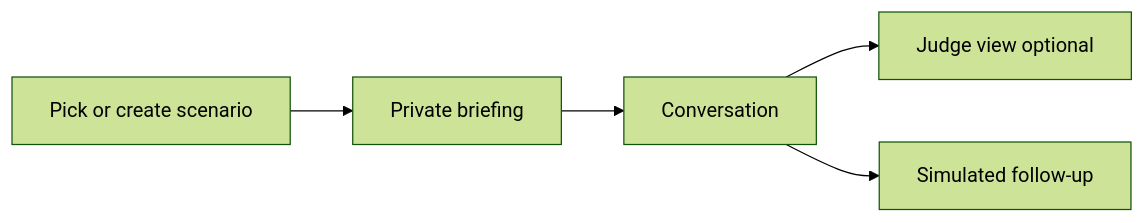
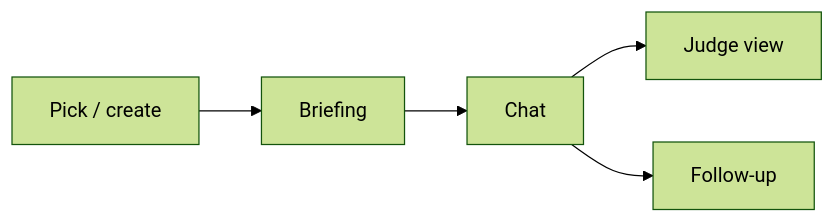
The first of 2 diagrams in README.md (diksha-singh-17/the-third-voice), drawn with Mermaid (forest theme) before and after one commit. The commit also changed other lines of this file, not shown here.

Commit message:
Refactor README for clarity and conciseness. Streamlined problem statement, quick start instructions, and usage guidelines. Updated API key configuration details and enhanced scenario descriptions. Improved formatting for better readability.

````diff
--- a/README.md
+++ b/README.md
@@ -89,7 +35,7 @@
 ```mermaid
 flowchart LR
-  A[Pick or create scenario] --> B[Private briefing]
-  B --> C[Conversation]
-  C --> D[Judge view optional]
-  C --> E[Simulated follow-up]
+  A[Pick / create] --> B[Briefing]
+  B --> C[Chat]
+  C --> D[Judge view]
+  C --> E[Follow-up]
 ```
````
